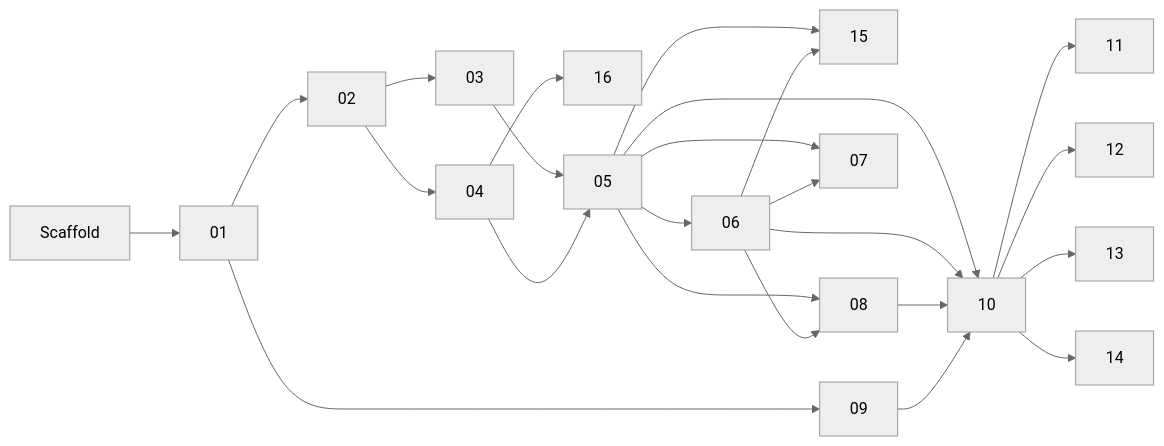
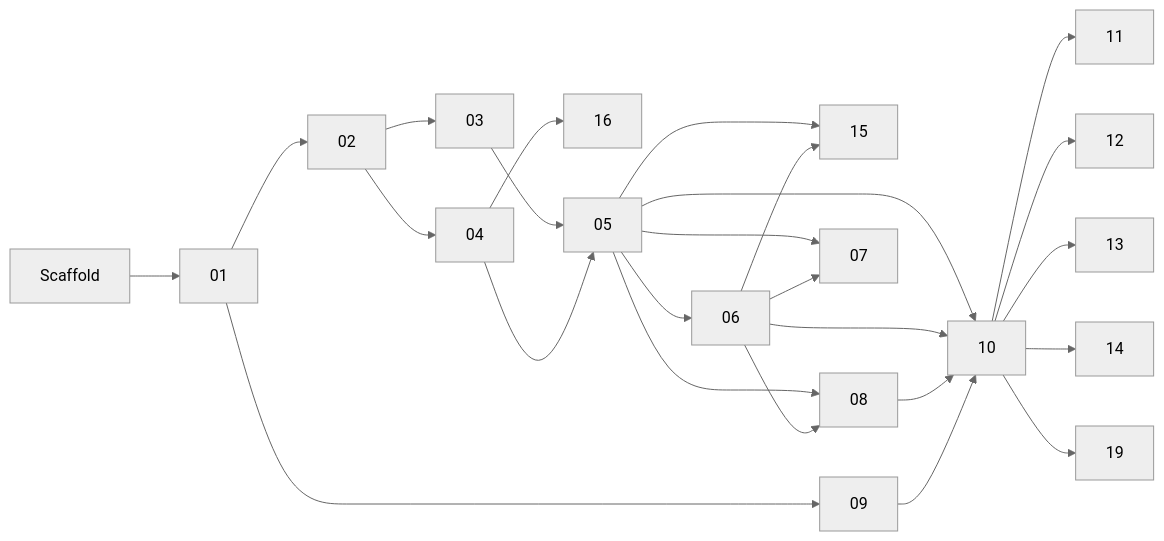
Before and after one commit to jopealgorta/physio-trainer: the diagram in docs/specs/README.md, drawn with Mermaid (neutral theme). The commit also changed other lines of this file and 158 other files, not shown here.

````diff
--- a/docs/specs/README.md
+++ b/docs/specs/README.md
@@ -33,11 +34,12 @@
 ```mermaid
 graph LR
   S[Scaffold] --> 01
   01 --> 02 --> 03 & 04
   01 --> 09
   03 & 04 --> 05 --> 06
   05 & 06 --> 07 & 08 & 15
   04 --> 16
   05 & 06 & 08 & 09 --> 10
   10 --> 11 & 12 & 13 & 14
+  10 --> 19
 ```
````
